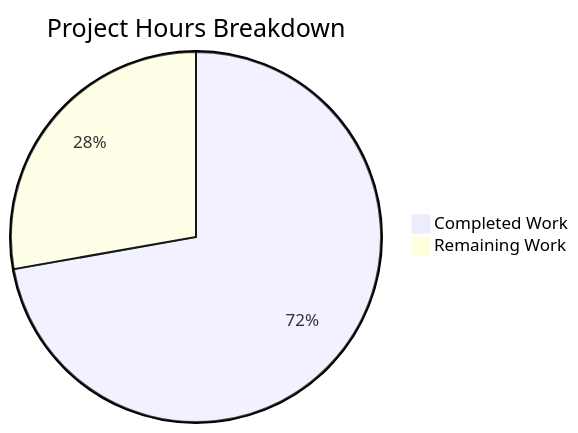
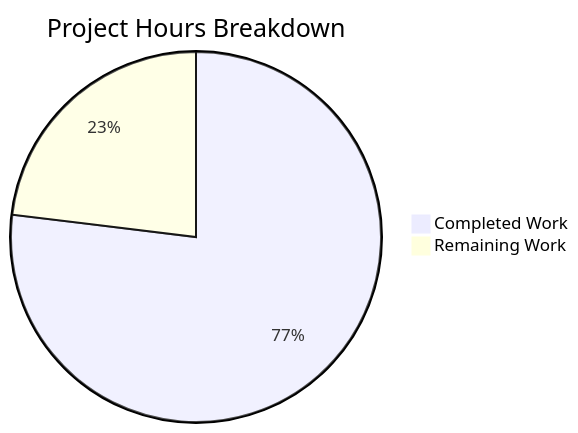
The diagram in blitzy/documentation/Project Guide.md (Sandeep01Kumar/SK-30-JAN), drawn with Mermaid before and after one commit. The commit also changed other lines of this file, not shown here.

Commit message:
Adding Blitzy Project Guide: Project Status and Human Tasks Remaining

````diff
--- a/blitzy/documentation/Project Guide.md
+++ b/blitzy/documentation/Project Guide.md
@@ -107,5 +116,5 @@
 ```mermaid
 pie title Project Hours Breakdown
-    "Completed Work" : 13
-    "Remaining Work" : 5
+    "Completed Work" : 10
+    "Remaining Work" : 3
 ```
````
